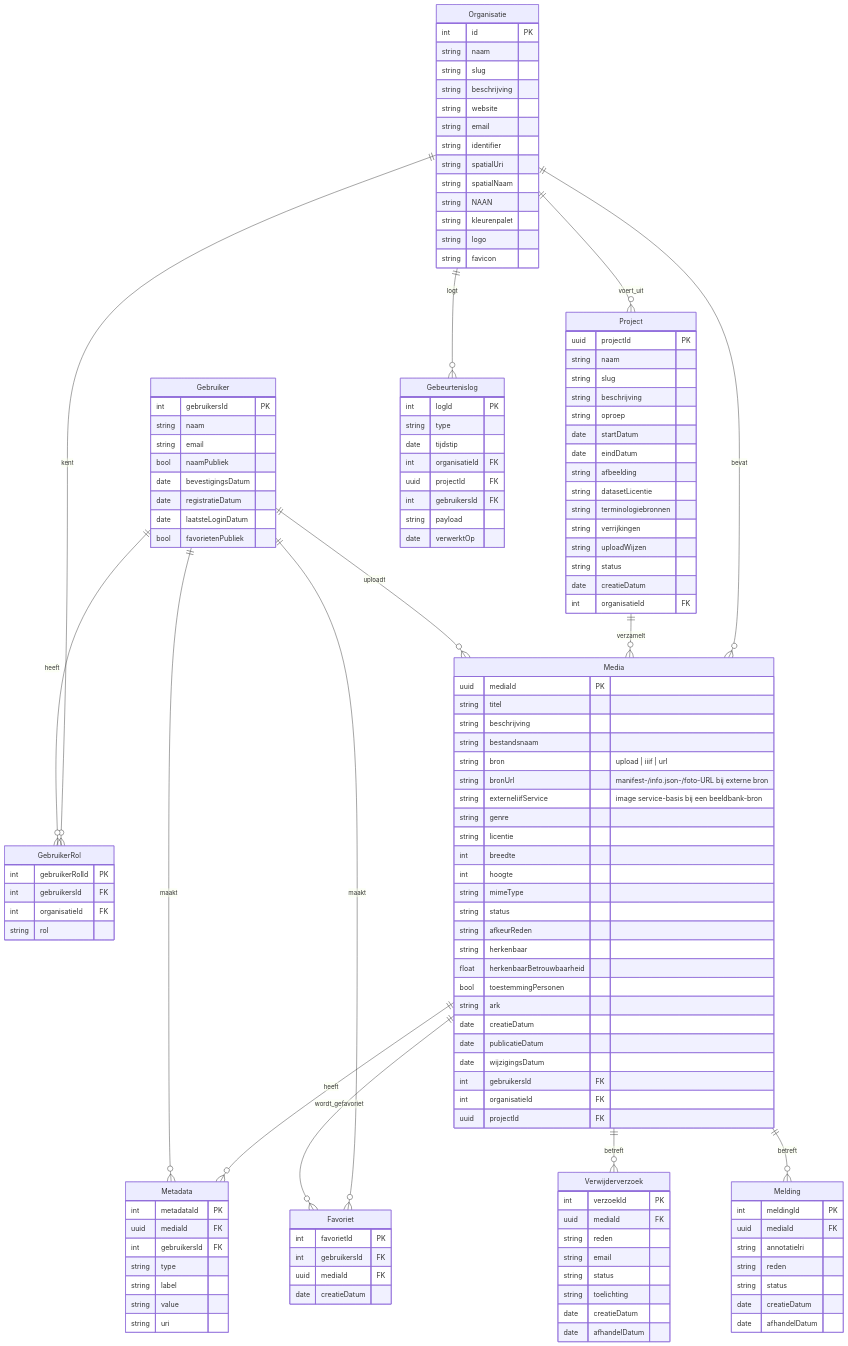
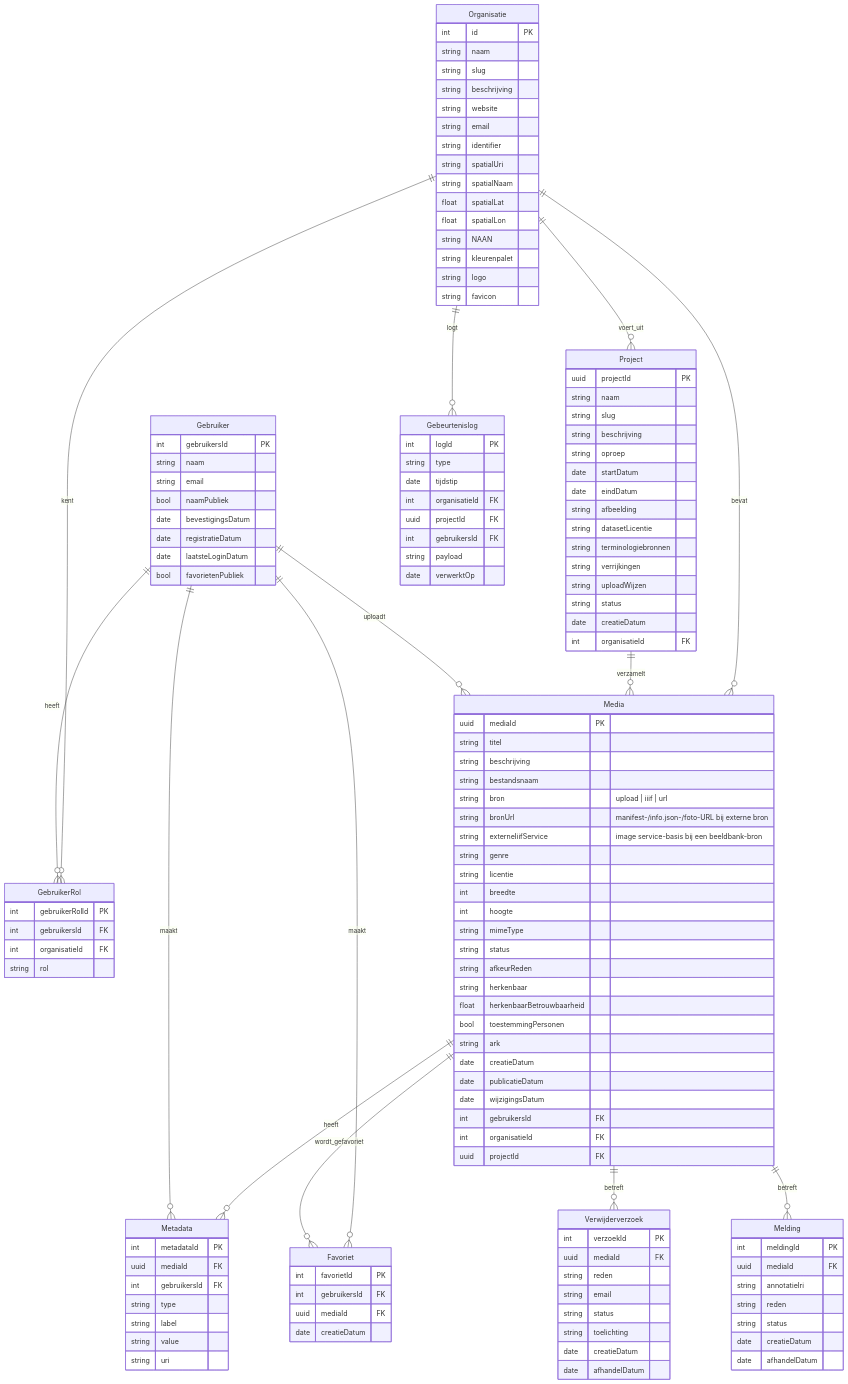
Before and after one commit to inside-out-time-machines/design: the diagram in data-architectuur/erd.mermaid.md, drawn with Mermaid. The commit also changed 1 other file, not shown here.

Commit message:
Organisatieplaats: coordinaten bij de URI ophalen als startpunt voor de kaarten

```diff
--- a/data-architectuur/erd.mermaid.md
+++ b/data-architectuur/erd.mermaid.md
@@ -13,6 +13,8 @@
     string identifier
     string spatialUri
     string spatialNaam
+    float spatialLat
+    float spatialLon
     string NAAN
     string kleurenpalet
     string logo
```
